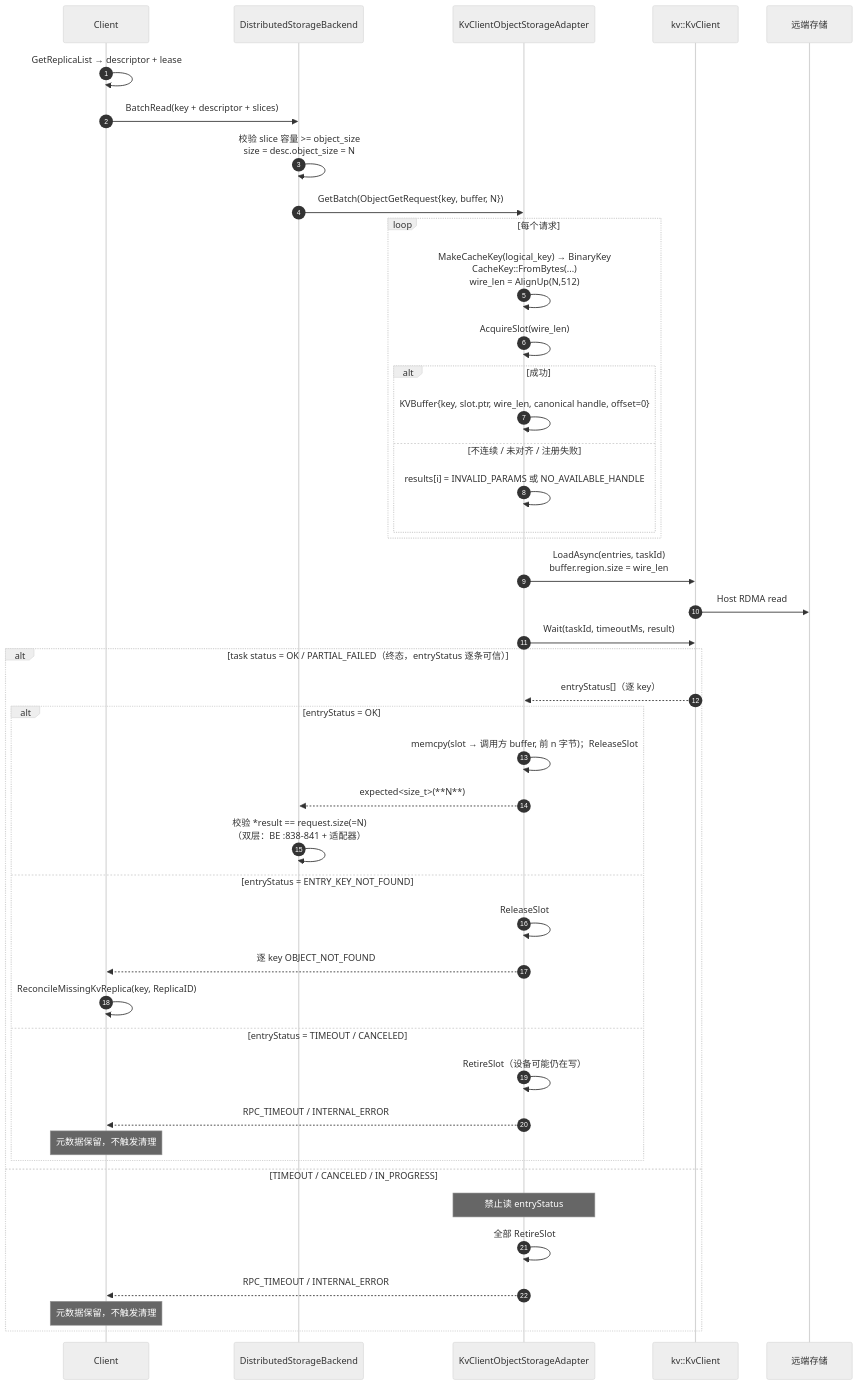
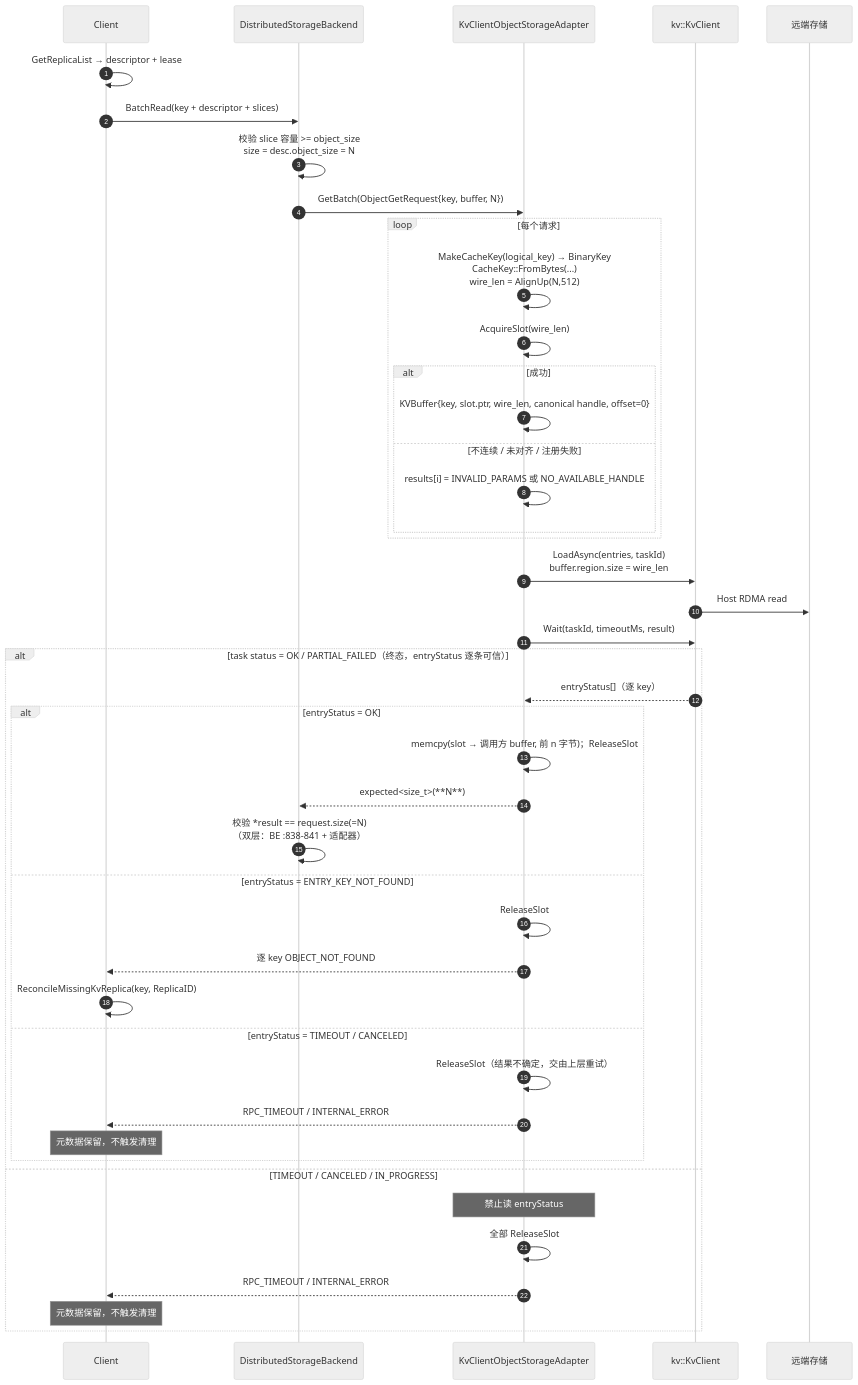
Before and after one commit to zwj20000328-dotcom/Mooncake-documents: the tenth of 13 diagrams in Mooncake + KVClient L3 接入（Kvcs）- v3.md, drawn with Mermaid (neutral theme). The commit also changed other lines of this file, not shown here.

First line of the commit message:
docs: release the slot on every failure path

````diff
--- a/Mooncake + KVClient L3 接入（Kvcs）- v3.md
+++ b/Mooncake + KVClient L3 接入（Kvcs）- v3.md
@@ -635,47 +634,47 @@
 ```mermaid
 sequenceDiagram
     autonumber
     participant C as Client
     participant BE as DistributedStorageBackend
     participant AD as KvClientObjectStorageAdapter
     participant SDK as kv::KvClient
     participant S as 远端存储
 
     C->>C: GetReplicaList → descriptor + lease
     C->>BE: BatchRead(key + descriptor + slices)
     BE->>BE: 校验 slice 容量 >= object_size<br/>size = desc.object_size = N
     BE->>AD: GetBatch(ObjectGetRequest{key, buffer, N})
     loop 每个请求
         AD->>AD: MakeCacheKey(logical_key) → BinaryKey<br/>CacheKey::FromBytes(...)<br/>wire_len = AlignUp(N,512)
         AD->>AD: AcquireSlot(wire_len)
         alt 成功
             AD->>AD: KVBuffer{key, slot.ptr, wire_len, canonical handle, offset=0}
         else 不连续 / 未对齐 / 注册失败
             AD->>AD: results[i] = INVALID_PARAMS 或 NO_AVAILABLE_HANDLE
         end
     end
     AD->>SDK: LoadAsync(entries, taskId)<br/>buffer.region.size = wire_len
     SDK->>S: Host RDMA read
     AD->>SDK: Wait(taskId, timeoutMs, result)
     alt task status = OK / PARTIAL_FAILED（终态，entryStatus 逐条可信）
         SDK-->>AD: entryStatus[]（逐 key）
         alt entryStatus = OK
             AD->>AD: memcpy(slot → 调用方 buffer, 前 n 字节)；ReleaseSlot
             AD-->>BE: expected<size_t>(**N**)
             BE->>BE: 校验 *result == request.size(=N)<br/>（双层：BE :838-841 + 适配器）
         else entryStatus = ENTRY_KEY_NOT_FOUND
             AD->>AD: ReleaseSlot
             AD-->>C: 逐 key OBJECT_NOT_FOUND
             C->>C: ReconcileMissingKvReplica(key, ReplicaID)
         else entryStatus = TIMEOUT / CANCELED
-            AD->>AD: RetireSlot（设备可能仍在写）
+            AD->>AD: ReleaseSlot（结果不确定，交由上层重试）
             AD-->>C: RPC_TIMEOUT / INTERNAL_ERROR
             Note over C: 元数据保留，不触发清理
         end
     else TIMEOUT / CANCELED / IN_PROGRESS
         Note over AD: 禁止读 entryStatus
-        AD->>AD: 全部 RetireSlot
+        AD->>AD: 全部 ReleaseSlot
         AD-->>C: RPC_TIMEOUT / INTERNAL_ERROR
         Note over C: 元数据保留，不触发清理
     end
 ```
````
